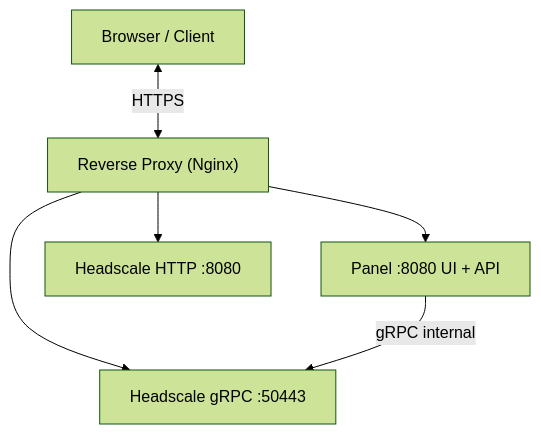
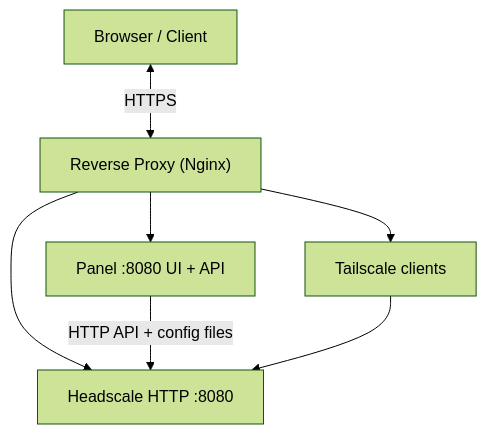
Before and after one commit to headscale-panel/panel: the diagram in README.md, drawn with Mermaid (forest theme). The commit also changed other lines of this file and 359 other files, not shown here.

Commit message:
feat: migrate to Headscale 0.30 HTTP API and refactor core modules

````diff
--- a/README.md
+++ b/README.md
@@ -294,10 +309,11 @@
 ```mermaid
 flowchart TB
     A["Browser / Client"] <-->|HTTPS| B["Reverse Proxy (Nginx)"]
 
     B --> C["Panel :8080  UI + API"]
     B --> D["Headscale HTTP :8080"]
-    B --> E["Headscale gRPC :50443"]
+    B --> E["Tailscale clients"]
 
-    C -->|gRPC internal| E
+    C -->|"HTTP API + config files"| D
+    E --> D
 ```
````
